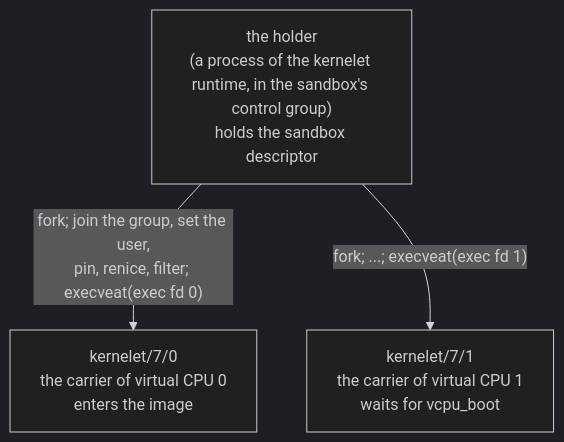
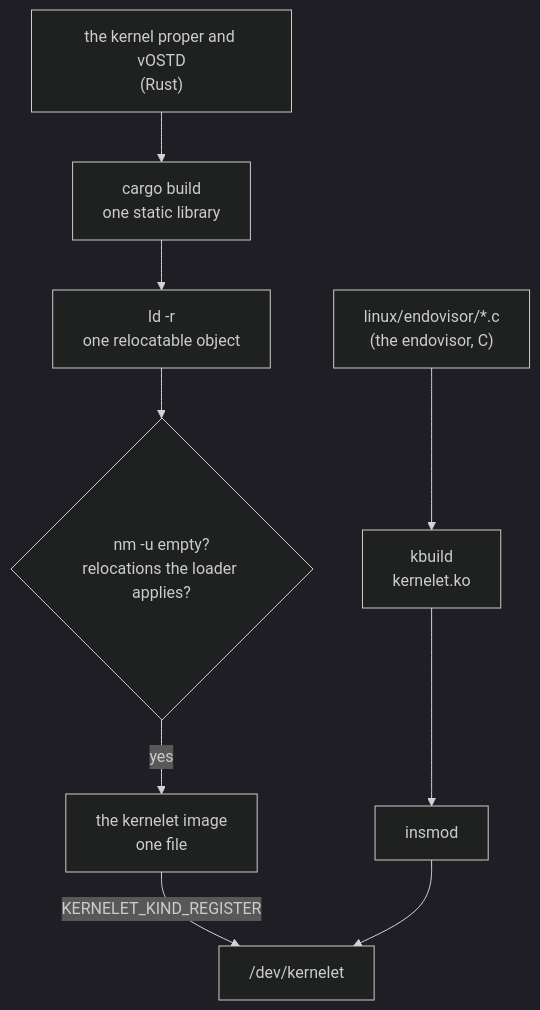
Before and after one commit to Plucky923/kernelet: the third of 3 diagrams in src/the-kernelet-uapi.md, drawn with Mermaid (dark theme). The commit also changed other lines of this file and 7 other files, not shown here.

````diff
--- a/src/the-kernelet-uapi.md
+++ b/src/the-kernelet-uapi.md
@@ -137,6 +206,8 @@
 ```mermaid
 flowchart TB
-    h["the holder<br/>(a process of the kernelet runtime, in the sandbox's control group)<br/>holds the sandbox descriptor"]
-    h -- "fork; join the group, set the user,<br/>pin, renice, filter; execveat(exec fd 0)" --> c0["kernelet/7/0<br/>the carrier of virtual CPU 0<br/>enters the image"]
-    h -- "fork; ...; execveat(exec fd 1)" --> c1["kernelet/7/1<br/>the carrier of virtual CPU 1<br/>waits for vcpu_boot"]
+    src["the kernel proper and vOSTD<br/>(Rust)"] --> cargo["cargo build<br/>one static library"] --> ld["ld -r<br/>one relocatable object"]
+    ld --> check{"nm -u empty?<br/>relocations the loader applies?"}
+    check -- yes --> image["the kernelet image<br/>one file"]
+    image -- "KERNELET_KIND_REGISTER" --> dev["/dev/kernelet"]
+    endo["linux/endovisor/*.c<br/>(the endovisor, C)"] --> kbuild["kbuild<br/>kernelet.ko"] --> insmod["insmod"] --> dev
 ```
````
